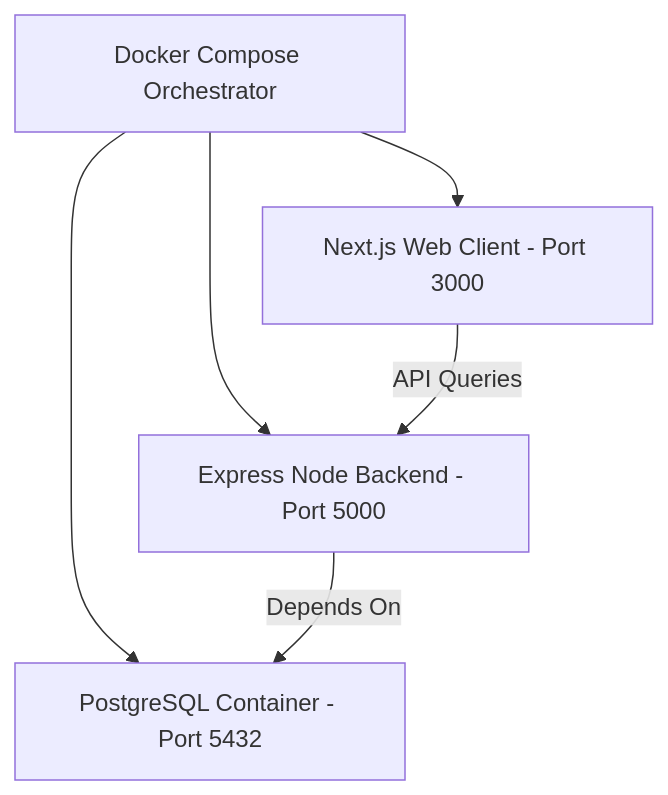
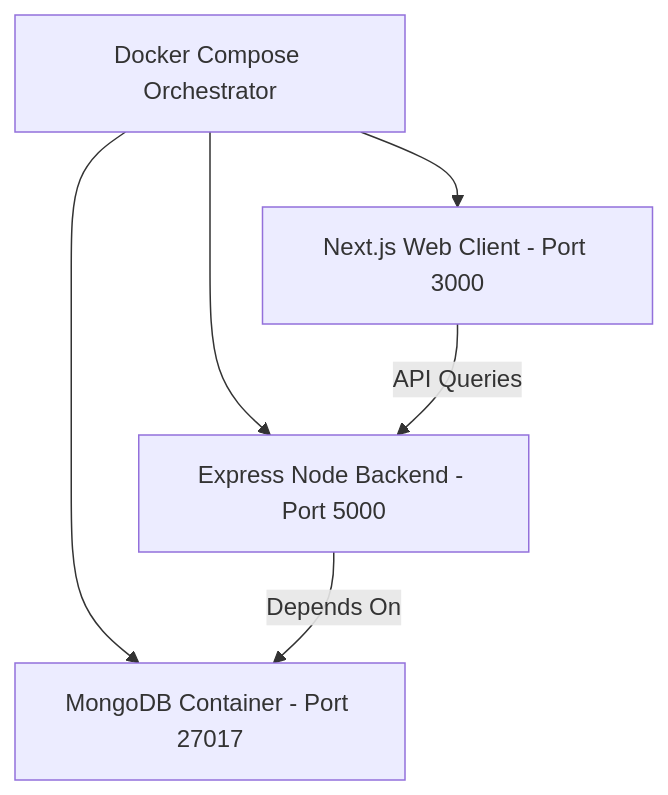
The sixth of 6 diagrams in README.md (varshiniv197-beep/StadiumIQ-AI), drawn with Mermaid before and after one commit. The commit also changed other lines of this file and 1 other file, not shown here.

Commit message:
db: configure Prisma schema and README for MongoDB database provider

````diff
--- a/README.md
+++ b/README.md
@@ -182,8 +182,8 @@
 ```mermaid
 graph TD
-    Compose[Docker Compose Orchestrator] --> DBContainer[PostgreSQL Container - Port 5432]
+    Compose[Docker Compose Orchestrator] --> DBContainer[MongoDB Container - Port 27017]
     Compose --> BackendContainer[Express Node Backend - Port 5000]
     Compose --> FrontendContainer[Next.js Web Client - Port 3000]
     BackendContainer -->|Depends On| DBContainer
     FrontendContainer -->|API Queries| BackendContainer
 ```
````
